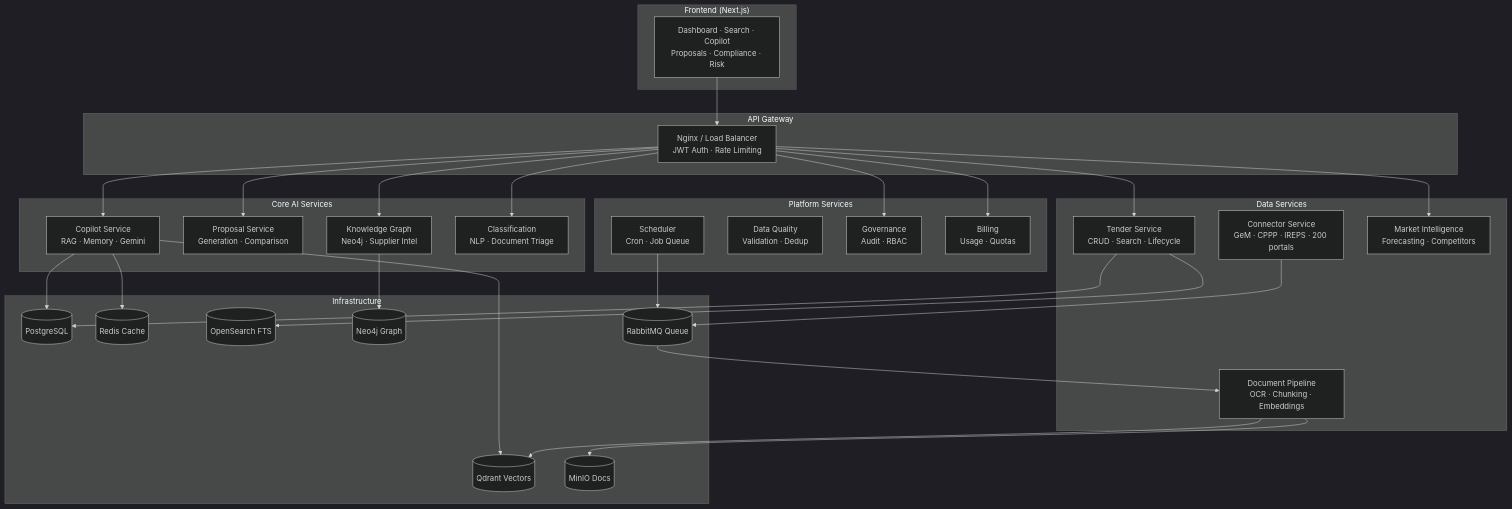
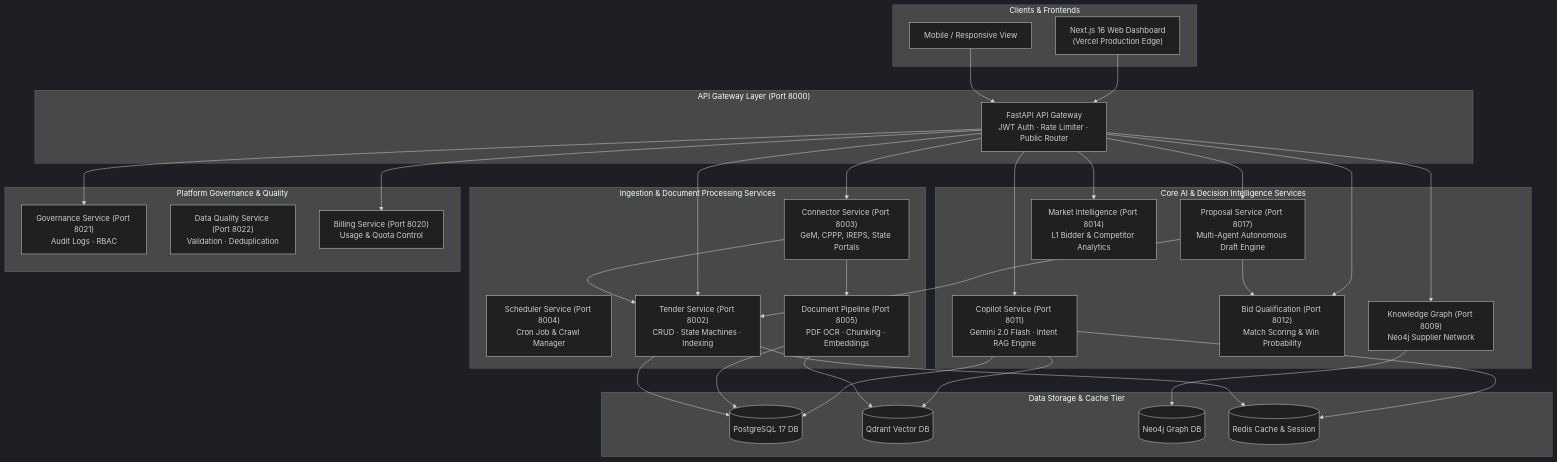
Before and after one commit to keshav2101/tenderos: the first of 2 diagrams in README.md, drawn with Mermaid (dark theme). The commit also changed other lines of this file, not shown here.

Commit message:
docs(readme): add interactive architecture diagrams, live production edge deployment badges, and comprehensive microservices specification

````diff
--- a/README.md
+++ b/README.md
@@ -92,49 +48,49 @@
 ```mermaid
 graph TB
-    subgraph "Frontend (Next.js)"
-        FE["Dashboard · Search · Copilot<br/>Proposals · Compliance · Risk"]
+    subgraph "Clients & Frontends"
+        UI["Next.js 16 Web Dashboard<br/>(Vercel Production Edge)"]
+        MOBILE["Mobile / Responsive View"]
     end
 
-    subgraph "API Gateway"
-        GW["Nginx / Load Balancer<br/>JWT Auth · Rate Limiting"]
+    subgraph "API Gateway Layer (Port 8000)"
+        GW["FastAPI API Gateway<br/>JWT Auth · Rate Limiter · Public Router"]
     end
 
-    subgraph "Core AI Services"
-        COP["Copilot Service<br/>RAG · Memory · Gemini"]
-        PROP["Proposal Service<br/>Generation · Comparison"]
-        KG["Knowledge Graph<br/>Neo4j · Supplier Intel"]
-        CLS["Classification<br/>NLP · Document Triage"]
+    subgraph "Core AI & Decision Intelligence Services"
+        COP["Copilot Service (Port 8011)<br/>Gemini 2.0 Flash · Intent RAG Engine"]
+        PROP["Proposal Service (Port 8017)<br/>Multi-Agent Autonomous Draft Engine"]
+        BID["Bid Qualification (Port 8012)<br/>Match Scoring & Win Probability"]
+        MKT["Market Intelligence (Port 8014)<br/>L1 Bidder & Competitor Analytics"]
+        KG["Knowledge Graph (Port 8009)<br/>Neo4j Supplier Network"]
     end
 
-    subgraph "Data Services"
-        TND["Tender Service<br/>CRUD · Search · Lifecycle"]
-        CON["Connector Service<br/>GeM · CPPP · IREPS · 200 portals"]
-        DOC["Document Pipeline<br/>OCR · Chunking · Embeddings"]
-        MKT["Market Intelligence<br/>Forecasting · Competitors"]
+    subgraph "Ingestion & Document Processing Services"
+        CON["Connector Service (Port 8003)<br/>GeM, CPPP, IREPS, State Portals"]
+        SCH["Scheduler Service (Port 8004)<br/>Cron Job & Crawl Manager"]
+        DOC["Document Pipeline (Port 8005)<br/>PDF OCR · Chunking · Embeddings"]
+        TND["Tender Service (Port 8002)<br/>CRUD · State Machines · Indexing"]
     end
 
-    subgraph "Platform Services"
-        SCH["Scheduler<br/>Cron · Job Queue"]
-        DQ["Data Quality<br/>Validation · Dedup"]
-        GOV["Governance<br/>Audit · RBAC"]
-        BILL["Billing<br/>Usage · Quotas"]
+    subgraph "Platform Governance & Quality"
+        GOV["Governance Service (Port 8021)<br/>Audit Logs · RBAC"]
+        DQ["Data Quality Service (Port 8022)<br/>Validation · Deduplication"]
+        BILL["Billing Service (Port 8020)<br/>Usage & Quota Control"]
     end
 
-    subgraph "Infrastructure"
-        PG[(PostgreSQL)]
-        RD[(Redis Cache)]
-        QD[(Qdrant Vectors)]
-        MN[(MinIO Docs)]
-        OS[(OpenSearch FTS)]
-        NEO[(Neo4j Graph)]
-        RMQ[(RabbitMQ Queue)]
+    subgraph "Data Storage & Cache Tier"
+        PG[(PostgreSQL 17 DB)]
+        QD[(Qdrant Vector DB)]
+        NEO[(Neo4j Graph DB)]
+        RD[(Redis Cache & Session)]
     end
 
-    FE --> GW --> TND & COP & PROP & KG & CLS & MKT & GOV & BILL
-    TND --> PG & OS
+    UI --> GW
+    MOBILE --> GW
+    GW --> COP & PROP & BID & MKT & KG & TND & CON & GOV & BILL
     COP --> QD & RD & PG
-    DOC --> QD & MN
-    CON --> RMQ --> DOC
+    PROP --> BID & TND
+    DOC --> QD & PG
+    CON --> TND & DOC
+    TND --> PG & RD
     KG --> NEO
-    SCH --> RMQ
 ```
````
